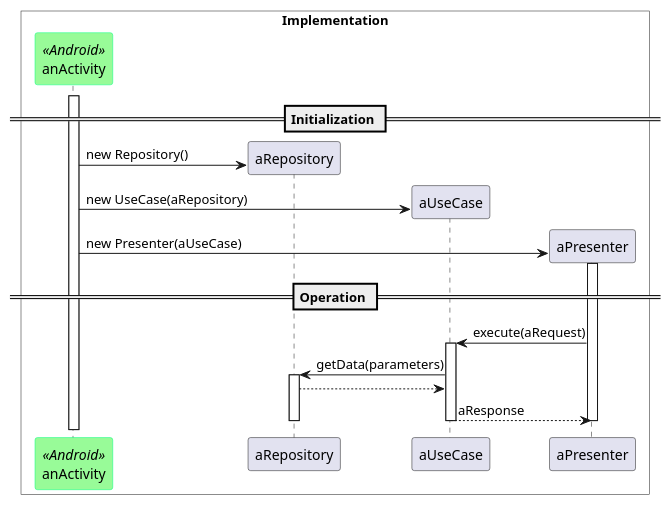
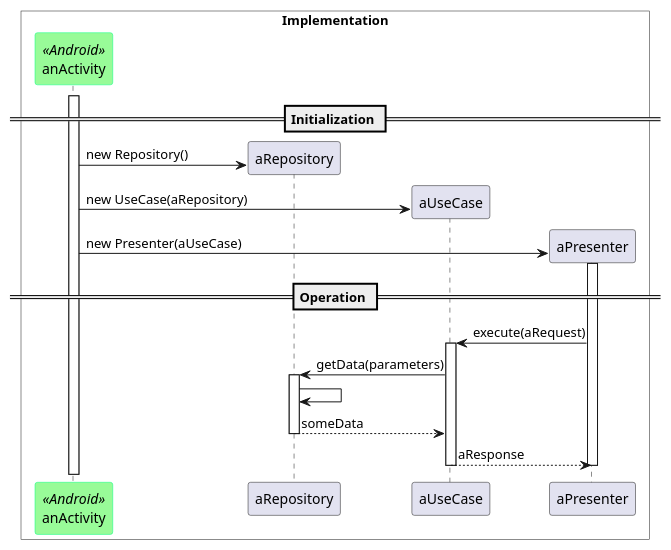
The diagram in design/SEQ_command_app.plantuml (estebandres/PI_UML_diagrams), drawn with PlantUML before and after one commit. The commit also changed 29 other files, not shown here.

```diff
--- a/design/SEQ_command_app.plantuml
+++ b/design/SEQ_command_app.plantuml
@@ -1,44 +1,47 @@
-@startuml SD_command_app
+@startuml SEQ_command_app
 
 skinparam BoxPadding 10
 skinparam ParticipantPadding 10
 
 'title Sequence Diagram Command Pattern as Implemented
 
 skinparam participant {
     BackgroundColor<<Android>> PaleGreen
     ArrowColor<<Android>> SeaGreen
     BorderColor<<Android>> SpringGreen
 }
 
 box "Implementation" #White
     participant anActivity <<Android>>
     participant aRepository
     participant aUseCase
     participant aPresenter
 end box
 
 activate anActivity 
 == Initialization ==
 create aRepository
 anActivity -> aRepository: new Repository() \t\t
 
 create  aUseCase
 anActivity -> aUseCase: new UseCase(aRepository)
 
 create aPresenter
 anActivity -> aPresenter: new Presenter(aUseCase)
 
 == Operation ==
 activate aPresenter
 aPresenter -> aUseCase: execute(aRequest)
 activate aUseCase
 aUseCase -> aRepository: getData(parameters)
 activate aRepository
-aRepository --> aUseCase
+aRepository -> aRepository
+aRepository --> aUseCase: someData
+deactivate aRepository
+
 aUseCase --> aPresenter: aResponse
 deactivate aUseCase
-deactivate aRepository
+
 deactivate aPresenter
 
 @enduml
```
